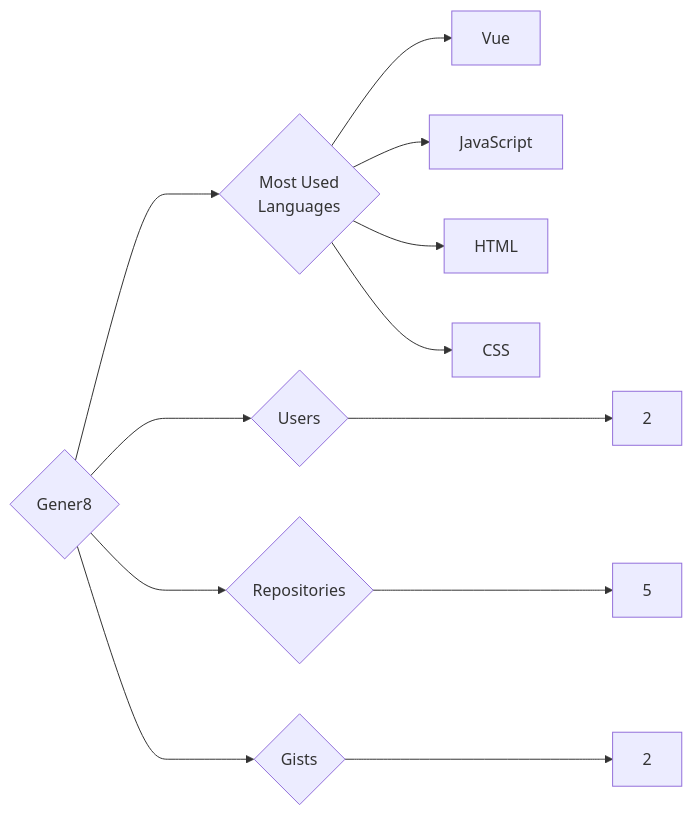
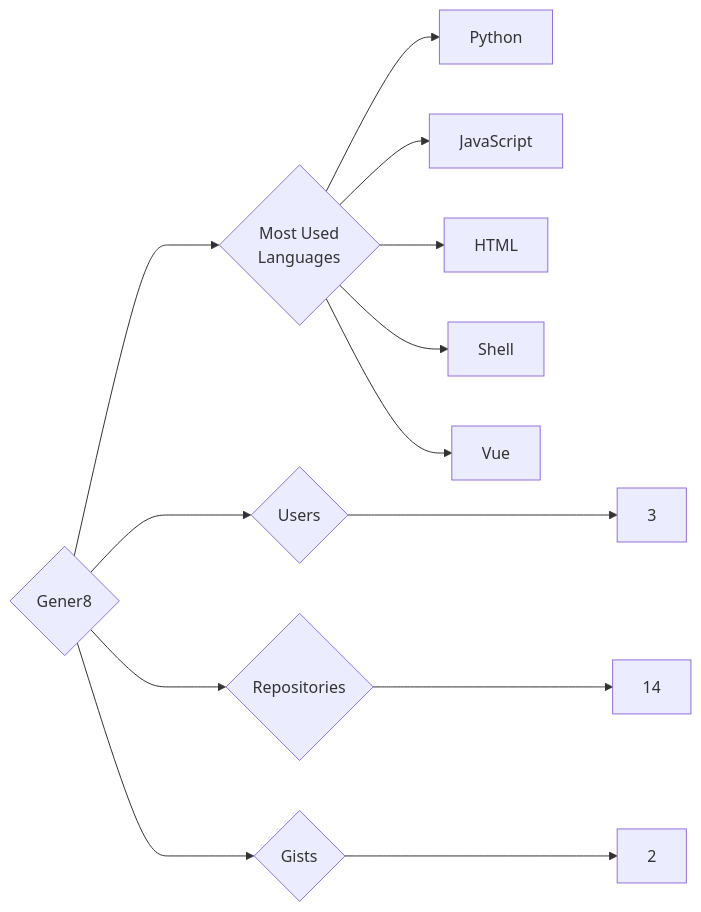
One commit to trickest/insiders changed the diagram in targets/Gener8/README.md. Above: the diagram before and after it, drawn with Mermaid. The commit also changed 988 other files, not shown here.

````diff
--- a/targets/Gener8/README.md
+++ b/targets/Gener8/README.md
@@ -3,12 +3,13 @@
 ```mermaid
 graph LR
 COMPANY_NAME{Gener8}
-COMPANY_NAME ---> U{Users} ---> UN[2]
-COMPANY_NAME ---> R{Repositories} ---> RN[5]
+COMPANY_NAME ---> U{Users} ---> UN[3]
+COMPANY_NAME ---> R{Repositories} ---> RN[14]
 COMPANY_NAME ---> G{Gists} ---> GN[2]
 COMPANY_NAME ---> ML{Most Used<br>Languages}
-ML --> Vue[Vue]
+ML --> Python[Python]
 ML --> JavaScript[JavaScript]
 ML --> HTML[HTML]
-ML --> CSS[CSS]
+ML --> Shell[Shell]
+ML --> Vue[Vue]
 ```
````
